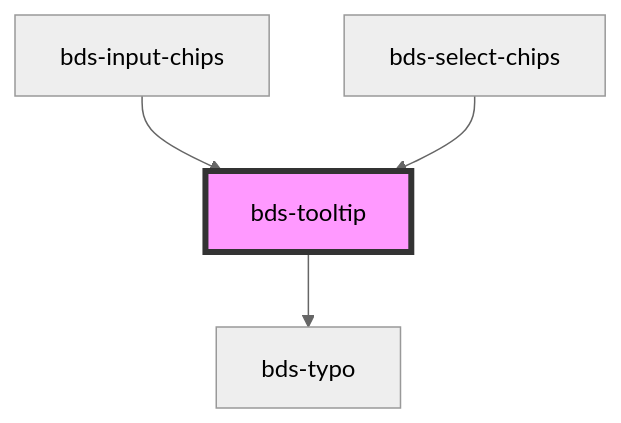
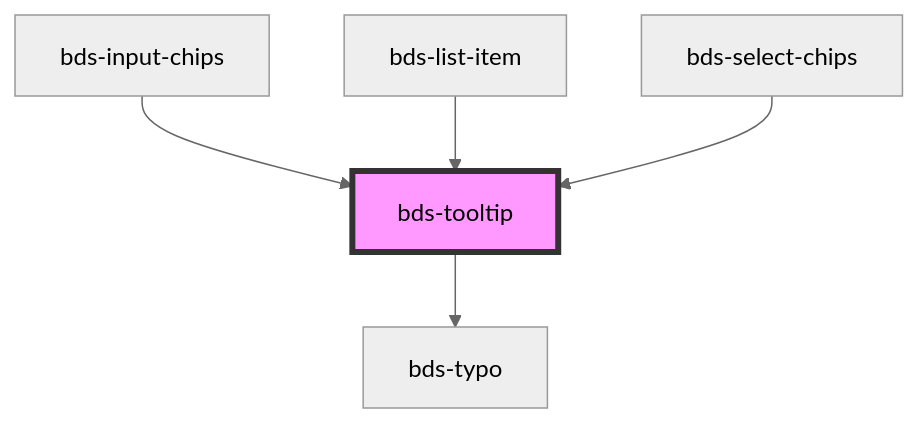
The diagram in src/components/tooltip/readme.md (takenet/blip-ds), drawn with Mermaid (neutral theme) before and after one commit. The commit also changed other lines of this file and 10 other files, not shown here.

````diff
--- a/src/components/tooltip/readme.md
+++ b/src/components/tooltip/readme.md
@@ -30,7 +31,8 @@
 ```mermaid
 graph TD;
   bds-tooltip --> bds-typo
   bds-input-chips --> bds-tooltip
+  bds-list-item --> bds-tooltip
   bds-select-chips --> bds-tooltip
   style bds-tooltip fill:#f9f,stroke:#333,stroke-width:4px
 ```
````
